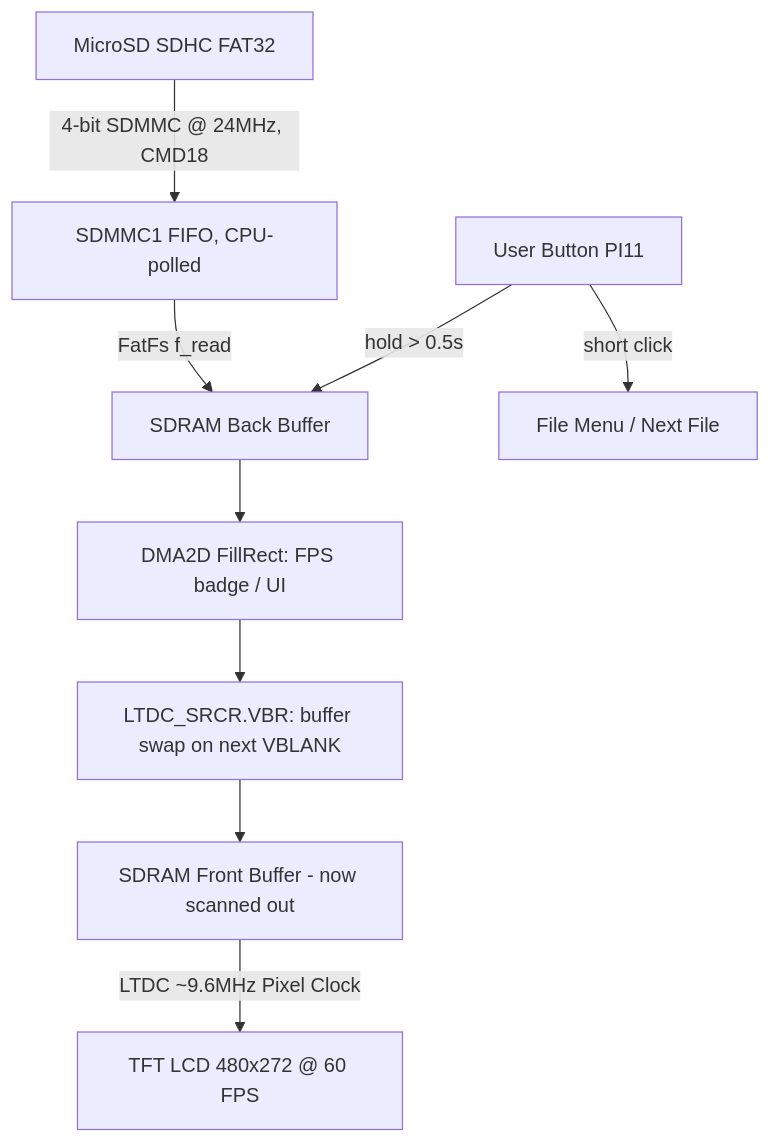
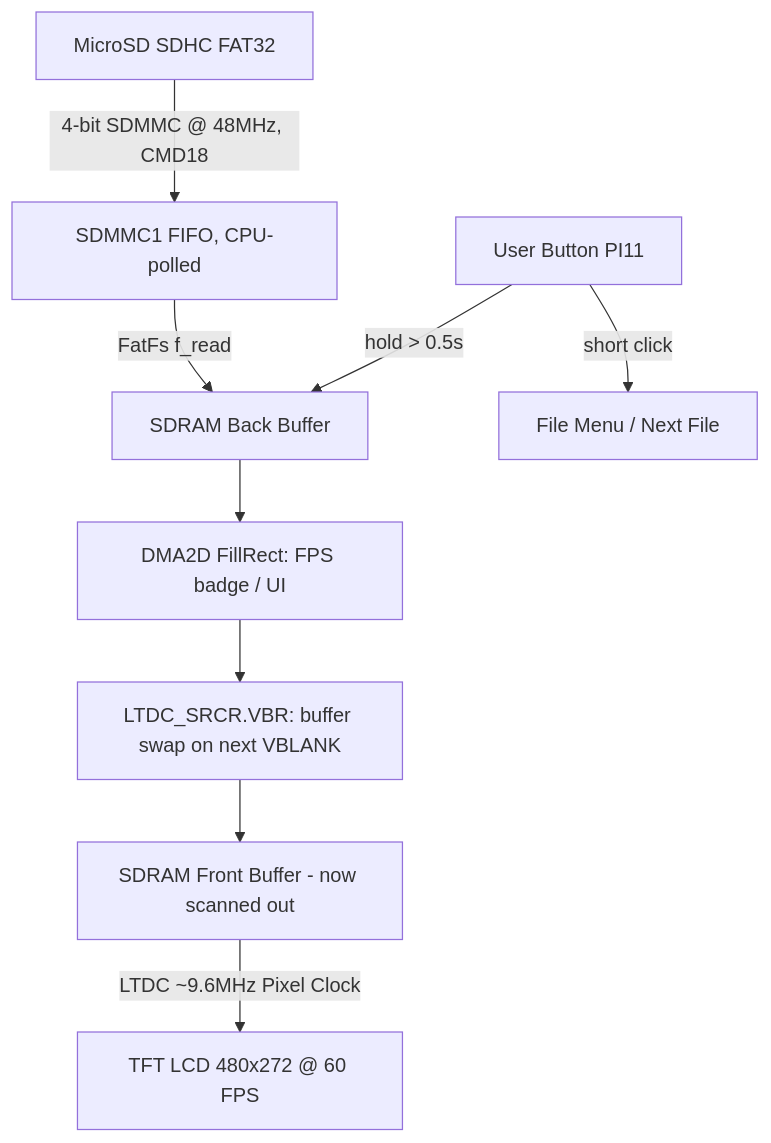
One commit to HuynhTran112/stm32f7-baremetal-tft-sdhc changed the diagram in README.md. Above: the diagram before and after it, drawn with Mermaid. The commit also changed other lines of this file, not shown here.

````diff
--- a/README.md
+++ b/README.md
@@ -101,14 +101,14 @@
 ```mermaid
 flowchart TD
-    SDCard[MicroSD SDHC FAT32] -->|4-bit SDMMC @ 24MHz, CMD18| FIFO[SDMMC1 FIFO, CPU-polled]
+    SDCard[MicroSD SDHC FAT32] -->|4-bit SDMMC @ 48MHz, CMD18| FIFO[SDMMC1 FIFO, CPU-polled]
     FIFO -->|FatFs f_read| BackBuffer[SDRAM Back Buffer]
 
     BackBuffer --> Overlay[DMA2D FillRect: FPS badge / UI]
     Overlay --> VBR[LTDC_SRCR.VBR: buffer swap on next VBLANK]
 
     VBR --> FrontBuffer[SDRAM Front Buffer - now scanned out]
     FrontBuffer -->|LTDC ~9.6MHz Pixel Clock| LCD[TFT LCD 480x272 @ 60 FPS]
 
     Button[User Button PI11] -->|short click| Menu[File Menu / Next File]
     Button -->|hold > 0.5s| BackBuffer
 ```
````
